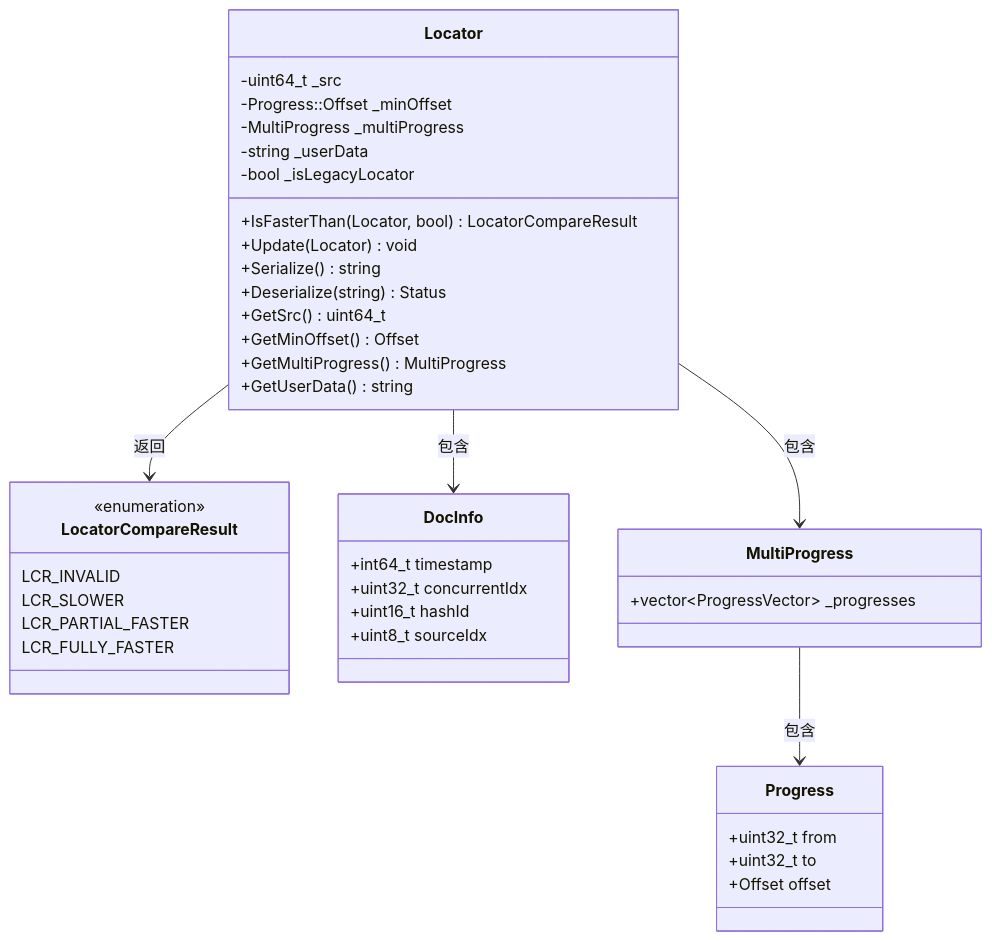
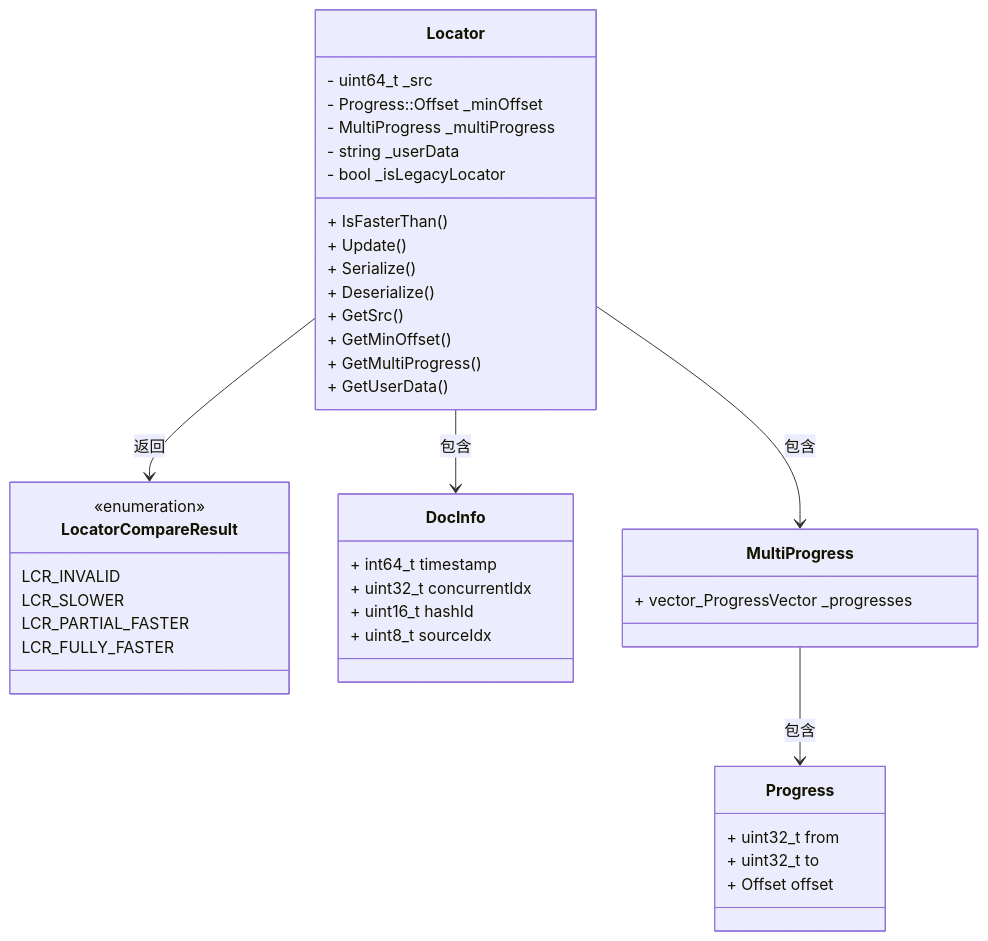
Before and after one commit to zhouzhilong-commits/zhouzhilong-commits.github.io: the first of 19 diagrams in _posts/2025-07-22-indexlib-9-locator-consistency.md, drawn with Mermaid. The commit also changed other lines of this file and 228 other files, not shown here.

````diff
--- a/_posts/2025-07-22-indexlib-9-locator-consistency.md
+++ b/_posts/2025-07-22-indexlib-9-locator-consistency.md
@@ -20,48 +20,48 @@
 ```mermaid
 classDiagram
     class Locator {
-        -uint64_t _src
-        -Progress::Offset _minOffset
-        -MultiProgress _multiProgress
-        -string _userData
-        -bool _isLegacyLocator
-        +IsFasterThan(Locator, bool) LocatorCompareResult
-        +Update(Locator) void
-        +Serialize() string
-        +Deserialize(string) Status
-        +GetSrc() uint64_t
-        +GetMinOffset() Offset
-        +GetMultiProgress() MultiProgress
-        +GetUserData() string
+        - uint64_t _src
+        - Progress::Offset _minOffset
+        - MultiProgress _multiProgress
+        - string _userData
+        - bool _isLegacyLocator
+        + IsFasterThan()
+        + Update()
+        + Serialize()
+        + Deserialize()
+        + GetSrc()
+        + GetMinOffset()
+        + GetMultiProgress()
+        + GetUserData()
     }
     
     class LocatorCompareResult {
         <<enumeration>>
         LCR_INVALID
         LCR_SLOWER
         LCR_PARTIAL_FASTER
         LCR_FULLY_FASTER
     }
     
     class DocInfo {
-        +int64_t timestamp
-        +uint32_t concurrentIdx
-        +uint16_t hashId
-        +uint8_t sourceIdx
+        + int64_t timestamp
+        + uint32_t concurrentIdx
+        + uint16_t hashId
+        + uint8_t sourceIdx
     }
     
     class Progress {
-        +uint32_t from
-        +uint32_t to
-        +Offset offset
+        + uint32_t from
+        + uint32_t to
+        + Offset offset
     }
     
     class MultiProgress {
-        +vector~ProgressVector~ _progresses
+        + vector_ProgressVector _progresses
     }
     
     Locator --> LocatorCompareResult : 返回
     Locator --> DocInfo : 包含
     Locator --> MultiProgress : 包含
     MultiProgress --> Progress : 包含
 ```
````
